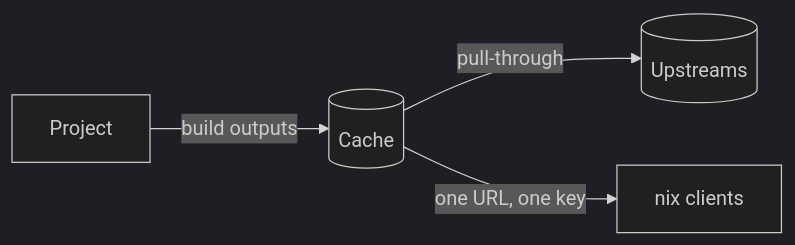
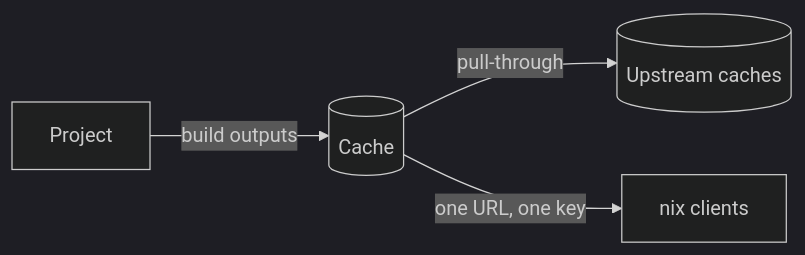
The diagram in docs/src/concepts/caches.md (wavelens/gradient), drawn with Mermaid (dark theme) before and after one commit. The commit also changed other lines of this file and 61 other files, not shown here.

````diff
--- a/docs/src/concepts/caches.md
+++ b/docs/src/concepts/caches.md
@@ -5,6 +5,6 @@
 ```mermaid
 flowchart LR
     project[Project] -- build outputs --> cache[(Cache)]
-    cache -- pull-through --> upstream[(Upstreams)]
+    cache -- pull-through --> upstream[(Upstream caches)]
     cache -- one URL, one key --> clients[nix clients]
 ```
````
